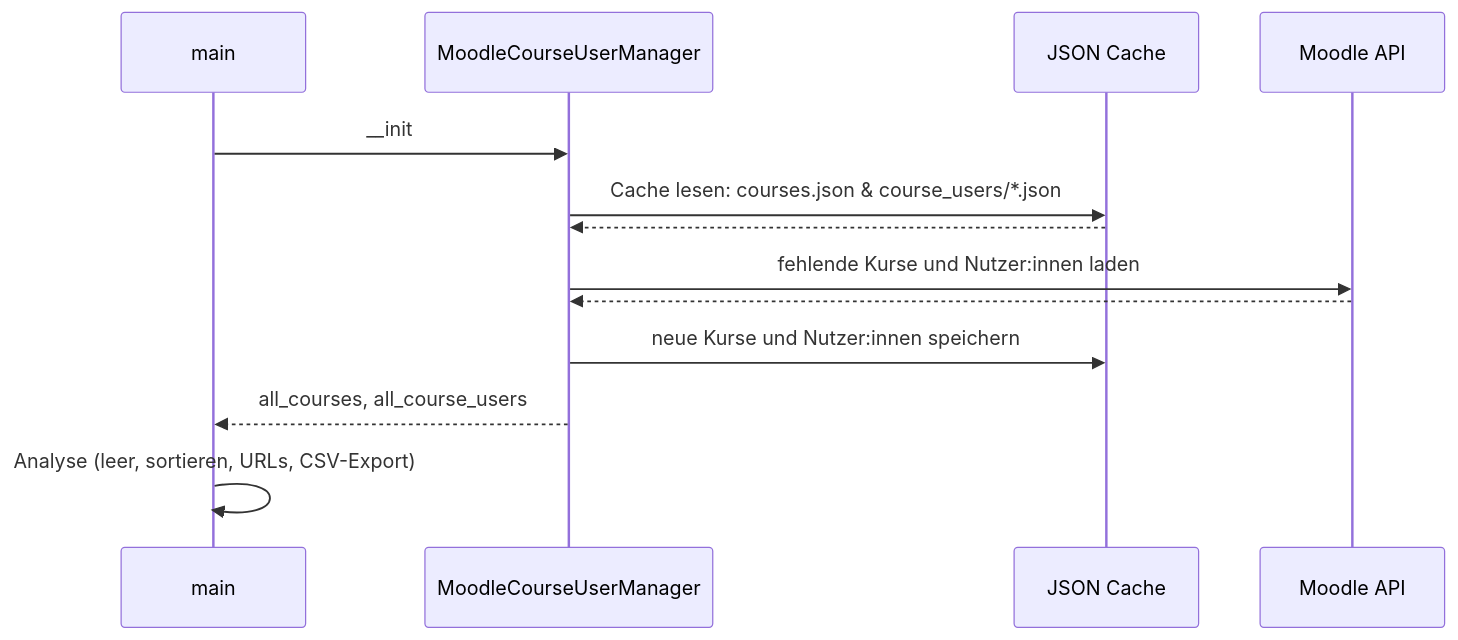
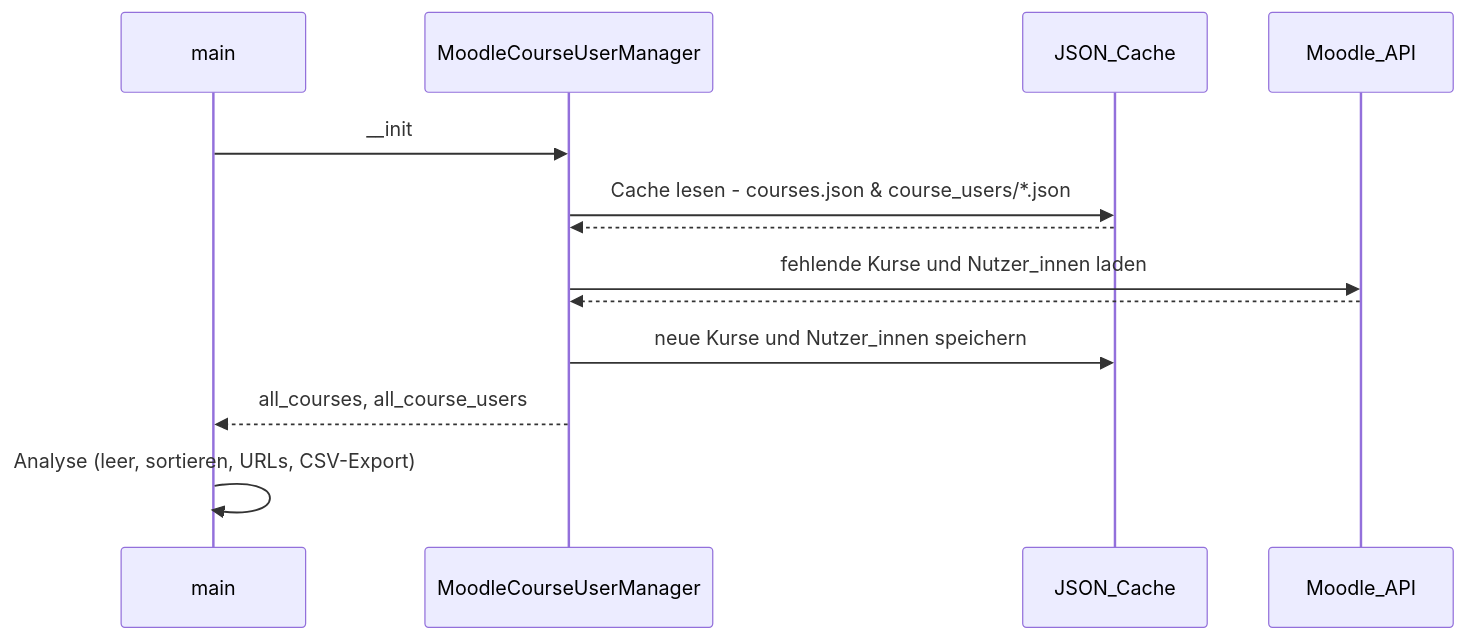
One commit to moritzwaschkewitz/moodle-emptycourses-webservice-api-script changed the third of 3 diagrams in README.md. Above: the diagram before and after it, drawn with Mermaid.

Commit message:
fix for mermaid-sequenceDiagram syntax: no whitespace in alias, no empty string as message, no colon in messages

````diff
--- a/README.md
+++ b/README.md
@@ -236,16 +236,16 @@
 ```mermaid
 sequenceDiagram
     participant main
     participant Manager as MoodleCourseUserManager
-    participant File as JSON Cache
-    participant Moodle as Moodle API
+    participant File as JSON_Cache
+    participant Moodle as Moodle_API
 
     main->>Manager: __init
-    Manager->>File: Cache lesen: courses.json & course_users/*.json
-    File-->>Manager:
-    Manager->>Moodle: fehlende Kurse und Nutzer:innen laden
-    Moodle-->>Manager:
-    Manager->>File: neue Kurse und Nutzer:innen speichern
+    Manager->>File: Cache lesen - courses.json & course_users/*.json
+    File-->>Manager: 
+    Manager->>Moodle: fehlende Kurse und Nutzer_innen laden
+    Moodle-->>Manager: 
+    Manager->>File: neue Kurse und Nutzer_innen speichern
     Manager-->>main: all_courses, all_course_users
     main->>main: Analyse (leer, sortieren, URLs, CSV-Export)
 ```
````
